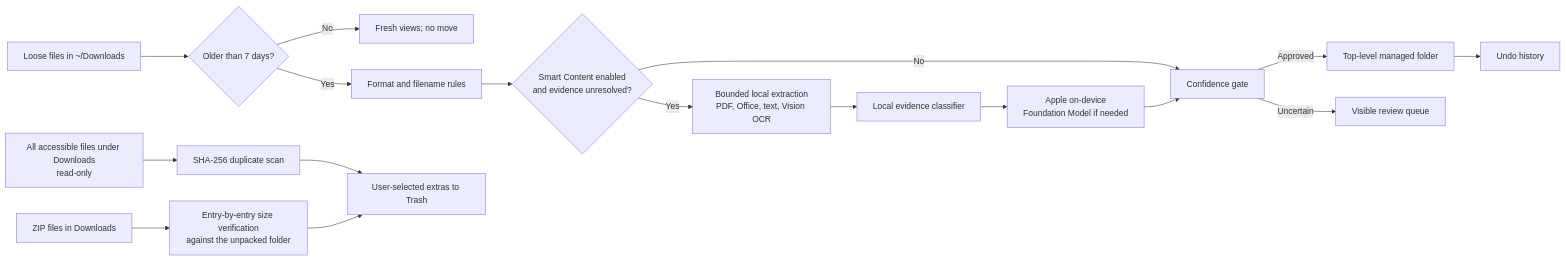
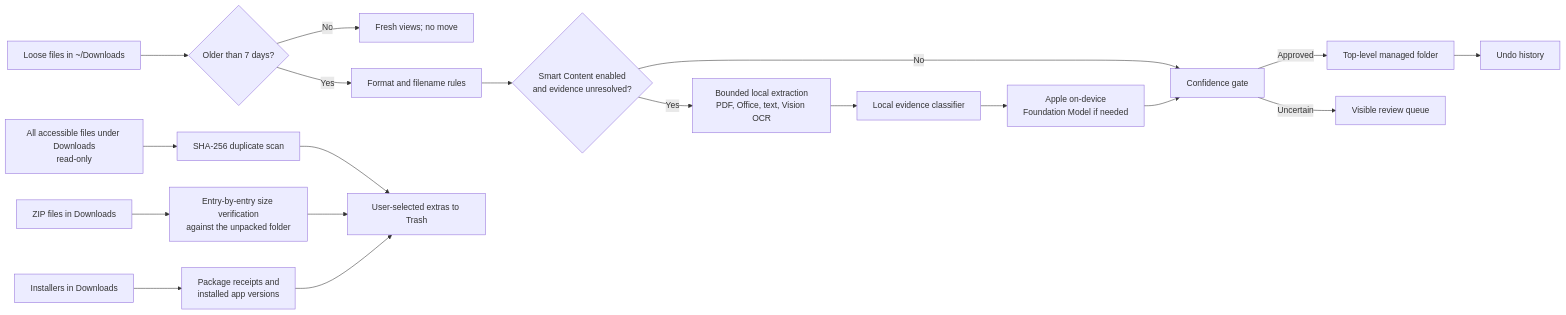
One commit to mucyhzl-rgb/FileMorrow changed the diagram in README.md. Above: the diagram before and after it, drawn with Mermaid. The commit also changed other lines of this file and 15 other files, not shown here.

````diff
--- a/README.md
+++ b/README.md
@@ -217,19 +253,21 @@
 ```mermaid
 flowchart LR
     D["Loose files in ~/Downloads"] --> A{"Older than 7 days?"}
     A -- "No" --> F["Fresh views; no move"]
     A -- "Yes" --> R["Format and filename rules"]
     R --> C{"Smart Content enabled<br>and evidence unresolved?"}
     C -- "No" --> Q["Confidence gate"]
     C -- "Yes" --> E["Bounded local extraction<br>PDF, Office, text, Vision OCR"]
     E --> L["Local evidence classifier"]
     L --> M["Apple on-device<br>Foundation Model if needed"]
     M --> Q
     Q -- "Approved" --> O["Top-level managed folder"]
     Q -- "Uncertain" --> V["Visible review queue"]
     O --> U["Undo history"]
     X["All accessible files under Downloads<br>read-only"] --> H["SHA-256 duplicate scan"]
     H --> T["User-selected extras to Trash"]
     Z["ZIP files in Downloads"] --> Y["Entry-by-entry size verification<br>against the unpacked folder"]
     Y --> T
+    I["Installers in Downloads"] --> P["Package receipts and<br>installed app versions"]
+    P --> T
 ```
````
